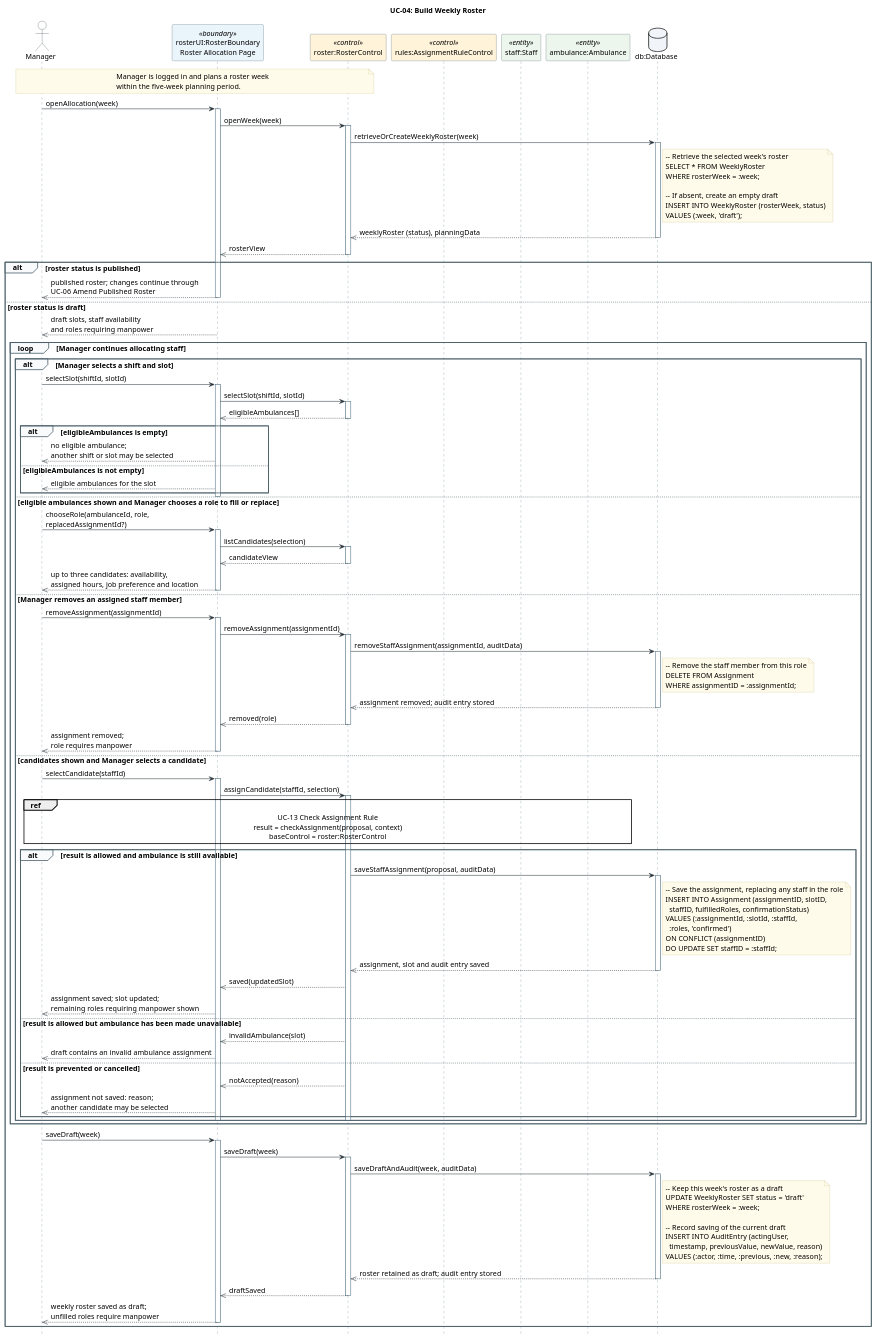
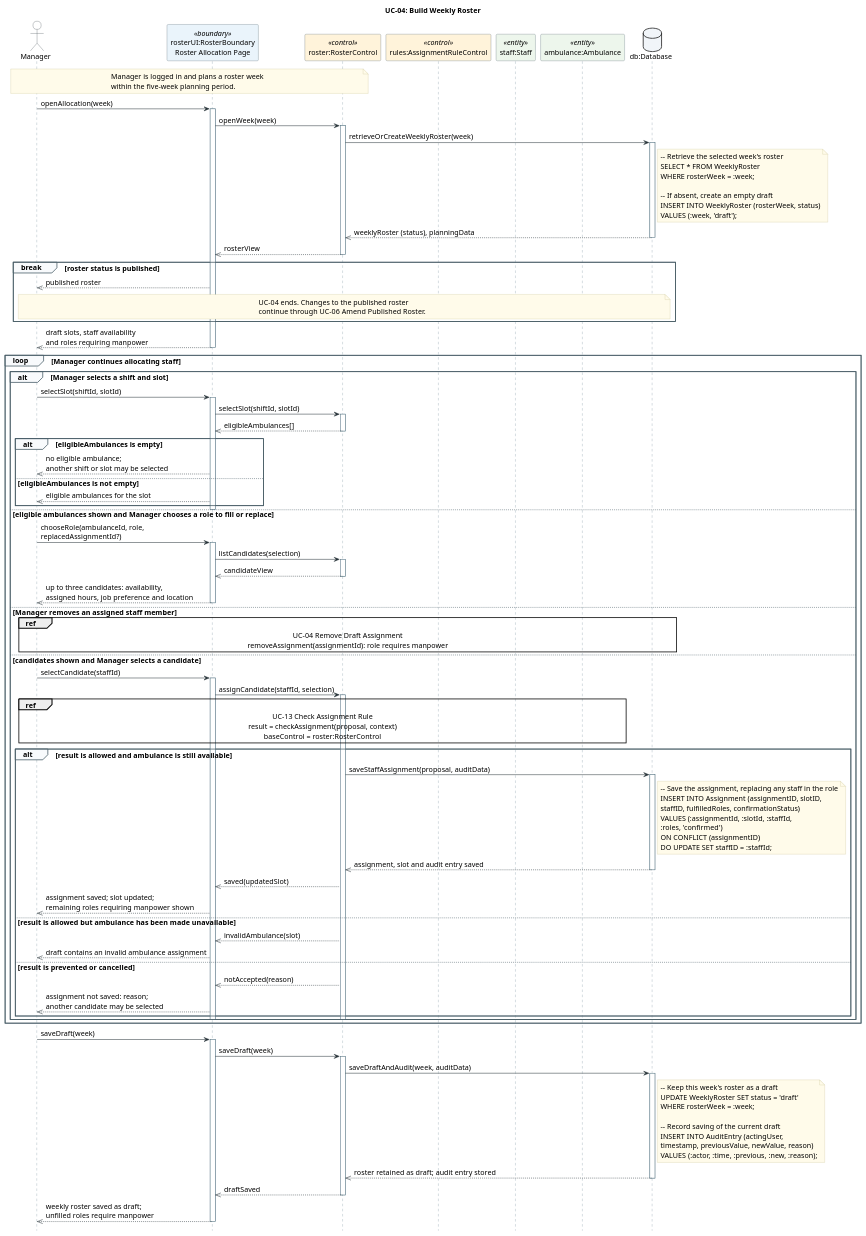
One commit to Patriarch-Wong/IntroSE changed the diagram in sequence-diagrams/2026-10-07_23-40-00/uc-04-build-weekly-roster.puml. Above: the diagram before and after it, drawn with PlantUML. The commit also changed 6 other files, not shown here.

First line of the commit message:
Restructure UC-04 for nesting and length rules; extract removal interaction

```diff
--- a/sequence-diagrams/2026-10-07_23-40-00/uc-04-build-weekly-roster.puml
+++ b/sequence-diagrams/2026-10-07_23-40-00/uc-04-build-weekly-roster.puml
@@ -24,8 +24,10 @@
 title UC-04: Build Weekly Roster
 
 ' Scope: main success scenario and alternatives 1a, 4a, 5a, 8a, 9a.
-' One allocation loop, no nested loops. Three core database operations are drawn
-' (retrieve/create roster, save assignment, save draft) plus the 5a removal write.
+' One allocation loop, no nested loops; maximum nesting depth 3.
+' Removal (5a1-5a2) is the referenced uc-04-remove-assignment.puml.
+' Three core database operations are drawn: retrieve/create roster,
+' save assignment, save draft.
 ' Supporting reads are kept as SQL comments beside the operation that uses them.
 ' SQL is illustrative PostgreSQL; mappings and assumptions are in README.md.
 
@@ -67,47 +69,51 @@
 roster -->> rosterUI: rosterView
 deactivate roster
 
-alt roster status is published
-  ' Alternative 1a: UC-04 ends here.
-  rosterUI -->> manager: published roster; changes continue through\nUC-06 Amend Published Roster
-  deactivate rosterUI
-else roster status is draft
-  rosterUI -->> manager: draft slots, staff availability\nand roles requiring manpower
-  deactivate rosterUI
+break roster status is published
+  ' Alternative 1a: UC-04 ends here; nothing after this fragment runs.
+  rosterUI -->> manager: published roster
+  note over manager, db
+    UC-04 ends. Changes to the published roster
+    continue through UC-06 Amend Published Roster.
+  end note
+end
 
-  ' Each pass is one Manager request. An operand is only offered once its
-  ' earlier step has been shown, so 4a never reaches candidate allocation.
-  loop Manager continues allocating staff
-    alt Manager selects a shift and slot
-      ' Main 3-4; alternative 4a.
-      manager -> rosterUI: selectSlot(shiftId, slotId)
-      activate rosterUI
-      rosterUI -> roster: selectSlot(shiftId, slotId)
-      activate roster
+rosterUI -->> manager: draft slots, staff availability\nand roles requiring manpower
+deactivate rosterUI
+
+' Each pass is one Manager request. An operand is only offered once its
+' earlier step has been shown, so 4a never reaches candidate allocation.
+loop Manager continues allocating staff
+  alt Manager selects a shift and slot
+    ' Main 3-4; alternative 4a.
+    manager -> rosterUI: selectSlot(shiftId, slotId)
+    activate rosterUI
+    rosterUI -> roster: selectSlot(shiftId, slotId)
+    activate roster
 /'
 -- Find active, available ambulances not used by another slot in this shift
 SELECT a.ambulanceNumber FROM Ambulance a
 JOIN AmbulanceAvailability u ON u.ambulanceNumber = a.ambulanceNumber
 WHERE a.activeStatus = 'active' AND u.shiftID = :shiftId AND u.available
-  AND NOT EXISTS (SELECT 1 FROM RosterSlot r
-    WHERE r.ambulanceNumber = a.ambulanceNumber
-      AND r.shiftID = :shiftId AND r.slotID <> :slotId);
+AND NOT EXISTS (SELECT 1 FROM RosterSlot r
+  WHERE r.ambulanceNumber = a.ambulanceNumber
+    AND r.shiftID = :shiftId AND r.slotID <> :slotId);
 '/
-      roster -->> rosterUI: eligibleAmbulances[]
-      deactivate roster
-      alt eligibleAmbulances is empty
-        rosterUI -->> manager: no eligible ambulance;\nanother shift or slot may be selected
-      else eligibleAmbulances is not empty
-        rosterUI -->> manager: eligible ambulances for the slot
-      end
-      deactivate rosterUI
+    roster -->> rosterUI: eligibleAmbulances[]
+    deactivate roster
+    alt eligibleAmbulances is empty
+      rosterUI -->> manager: no eligible ambulance;\nanother shift or slot may be selected
+    else eligibleAmbulances is not empty
+      rosterUI -->> manager: eligible ambulances for the slot
+    end
+    deactivate rosterUI
 
-    else eligible ambulances shown and Manager chooses a role to fill or replace
-      ' Main 5-6; alternative 5a1/5a3 (replacedAssignmentId given).
-      manager -> rosterUI: chooseRole(ambulanceId, role,\nreplacedAssignmentId?)
-      activate rosterUI
-      rosterUI -> roster: listCandidates(selection)
-      activate roster
+  else eligible ambulances shown and Manager chooses a role to fill or replace
+    ' Main 5-6; alternative 5a1/5a3 (replacedAssignmentId given).
+    manager -> rosterUI: chooseRole(ambulanceId, role,\nreplacedAssignmentId?)
+    activate rosterUI
+    rosterUI -> roster: listCandidates(selection)
+    activate roster
 /'
 -- Retrieve up to three suitable candidates with their assigned hours
 SELECT staffID, availability, assignedHours, jobPreference, datedLocation
@@ -115,55 +121,37 @@
 WHERE rosterWeek = :week AND shiftID = :shiftId AND role = :role
 FETCH FIRST 3 ROWS ONLY;
 '/
-      roster -->> rosterUI: candidateView
-      deactivate roster
-      rosterUI -->> manager: up to three candidates: availability,\nassigned hours, job preference and location
-      deactivate rosterUI
+    roster -->> rosterUI: candidateView
+    deactivate roster
+    rosterUI -->> manager: up to three candidates: availability,\nassigned hours, job preference and location
+    deactivate rosterUI
 
-    else Manager removes an assigned staff member
-      ' Alternative 5a1-5a2.
-      manager -> rosterUI: removeAssignment(assignmentId)
-      activate rosterUI
-      rosterUI -> roster: removeAssignment(assignmentId)
-      activate roster
-/'
--- Record the removal in the audit log
-INSERT INTO AuditEntry (actingUser, timestamp, previousValue, newValue, reason)
-VALUES (:actor, :time, :previous, NULL, 'removed');
-'/
-      roster -> db: removeStaffAssignment(assignmentId, auditData)
-      activate db
-      note right of db
--- Remove the staff member from this role
-DELETE FROM Assignment
-WHERE assignmentID = :assignmentId;
-      end note
-      db -->> roster: assignment removed; audit entry stored
-      deactivate db
-      roster -->> rosterUI: removed(role)
-      deactivate roster
-      rosterUI -->> manager: assignment removed;\nrole requires manpower
-      deactivate rosterUI
+  else Manager removes an assigned staff member
+    ' Alternative 5a1-5a2, detailed in uc-04-remove-assignment.puml.
+    ref over manager, rosterUI, roster, db
+      UC-04 Remove Draft Assignment
+      removeAssignment(assignmentId): role requires manpower
+    end ref
 
-    else candidates shown and Manager selects a candidate
-      ' Main 7-9; alternatives 8a and 9a.
-      manager -> rosterUI: selectCandidate(staffId)
-      activate rosterUI
-      rosterUI -> roster: assignCandidate(staffId, selection)
-      activate roster
+  else candidates shown and Manager selects a candidate
+    ' Main 7-9; alternatives 8a and 9a.
+    manager -> rosterUI: selectCandidate(staffId)
+    activate rosterUI
+    rosterUI -> roster: assignCandidate(staffId, selection)
+    activate roster
 /'
 -- Retrieve the rule context and the ambulance's current availability
 SELECT * FROM StaffRuleContext
 WHERE staffID = :staffId AND rosterWeek = :week
-  AND shiftID = :shiftId AND ambulanceNumber = :ambulanceId;
+AND shiftID = :shiftId AND ambulanceNumber = :ambulanceId;
 '/
-      ref over manager, rosterUI, roster, rules, staff, ambulance
-        UC-13 Check Assignment Rule
-        result = checkAssignment(proposal, context)
-        baseControl = roster:RosterControl
-      end ref
-      alt result is allowed and ambulance is still available
-        ' Main 9.
+    ref over manager, rosterUI, roster, rules, staff, ambulance
+      UC-13 Check Assignment Rule
+      result = checkAssignment(proposal, context)
+      baseControl = roster:RosterControl
+    end ref
+    alt result is allowed and ambulance is still available
+      ' Main 9.
 /'
 -- Store the slot's ambulance for this shift
 INSERT INTO RosterSlot (slotID, rosterWeek, shiftID, ambulanceNumber)
@@ -174,57 +162,56 @@
 INSERT INTO AuditEntry (actingUser, timestamp, previousValue, newValue, reason)
 VALUES (:actor, :time, :previous, :new, NULL);
 '/
-        roster -> db: saveStaffAssignment(proposal, auditData)
-        activate db
-        note right of db
+      roster -> db: saveStaffAssignment(proposal, auditData)
+      activate db
+      note right of db
 -- Save the assignment, replacing any staff in the role
 INSERT INTO Assignment (assignmentID, slotID,
-  staffID, fulfilledRoles, confirmationStatus)
+staffID, fulfilledRoles, confirmationStatus)
 VALUES (:assignmentId, :slotId, :staffId,
-  :roles, 'confirmed')
+:roles, 'confirmed')
 ON CONFLICT (assignmentID)
 DO UPDATE SET staffID = :staffId;
-        end note
-        db -->> roster: assignment, slot and audit entry saved
-        deactivate db
-        roster -->> rosterUI: saved(updatedSlot)
-        rosterUI -->> manager: assignment saved; slot updated;\nremaining roles requiring manpower shown
-      else result is allowed but ambulance has been made unavailable
-        ' Alternative 9a: nothing is saved.
-        roster -->> rosterUI: invalidAmbulance(slot)
-        rosterUI -->> manager: draft contains an invalid ambulance assignment
-      else result is prevented or cancelled
-        ' Alternative 8a: nothing saved; candidates stay shown (back to step 6).
-        roster -->> rosterUI: notAccepted(reason)
-        rosterUI -->> manager: assignment not saved: reason;\nanother candidate may be selected
-      end
-      deactivate roster
-      deactivate rosterUI
+      end note
+      db -->> roster: assignment, slot and audit entry saved
+      deactivate db
+      roster -->> rosterUI: saved(updatedSlot)
+      rosterUI -->> manager: assignment saved; slot updated;\nremaining roles requiring manpower shown
+    else result is allowed but ambulance has been made unavailable
+      ' Alternative 9a: nothing is saved.
+      roster -->> rosterUI: invalidAmbulance(slot)
+      rosterUI -->> manager: draft contains an invalid ambulance assignment
+    else result is prevented or cancelled
+      ' Alternative 8a: nothing saved; candidates stay shown (back to step 6).
+      roster -->> rosterUI: notAccepted(reason)
+      rosterUI -->> manager: assignment not saved: reason;\nanother candidate may be selected
     end
+    deactivate roster
+    deactivate rosterUI
   end
+end
 
-  ' Main 10.
-  manager -> rosterUI: saveDraft(week)
-  activate rosterUI
-  rosterUI -> roster: saveDraft(week)
-  activate roster
-  roster -> db: saveDraftAndAudit(week, auditData)
-  activate db
-  note right of db
+' Main 10.
+manager -> rosterUI: saveDraft(week)
+activate rosterUI
+rosterUI -> roster: saveDraft(week)
+activate roster
+roster -> db: saveDraftAndAudit(week, auditData)
+activate db
+note right of db
 -- Keep this week's roster as a draft
 UPDATE WeeklyRoster SET status = 'draft'
 WHERE rosterWeek = :week;
 
 -- Record saving of the current draft
 INSERT INTO AuditEntry (actingUser,
-  timestamp, previousValue, newValue, reason)
+timestamp, previousValue, newValue, reason)
 VALUES (:actor, :time, :previous, :new, :reason);
-  end note
-  db -->> roster: roster retained as draft; audit entry stored
-  deactivate db
-  roster -->> rosterUI: draftSaved
-  deactivate roster
-  rosterUI -->> manager: weekly roster saved as draft;\nunfilled roles require manpower
-  deactivate rosterUI
-end
+end note
+db -->> roster: roster retained as draft; audit entry stored
+deactivate db
+roster -->> rosterUI: draftSaved
+deactivate roster
+rosterUI -->> manager: weekly roster saved as draft;\nunfilled roles require manpower
+deactivate rosterUI
 @enduml
```
